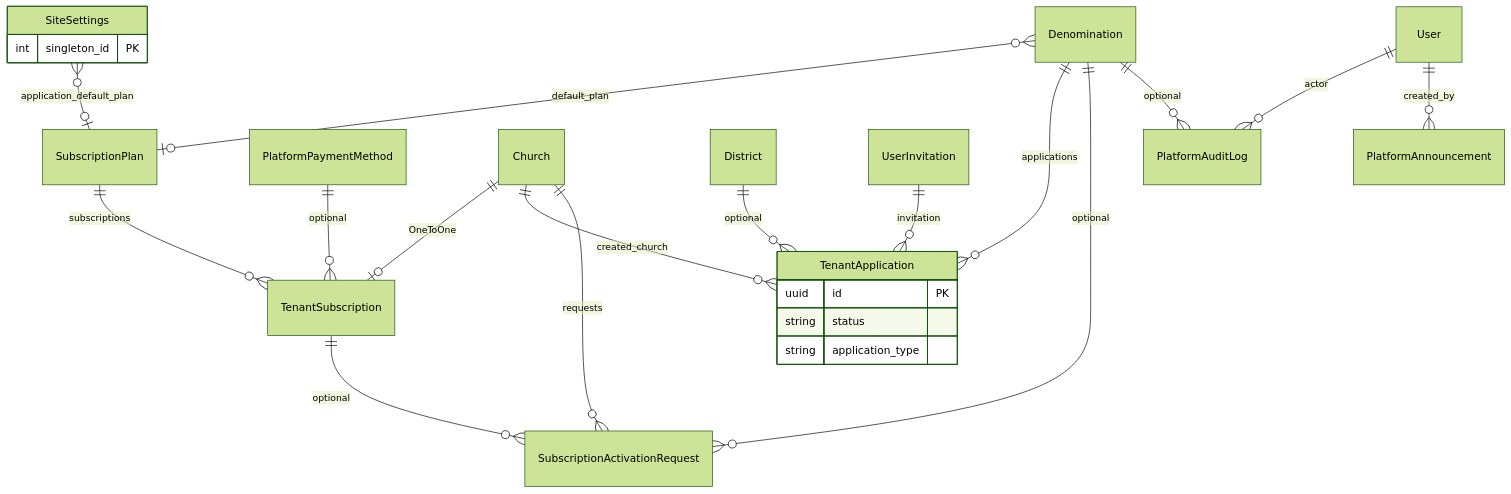
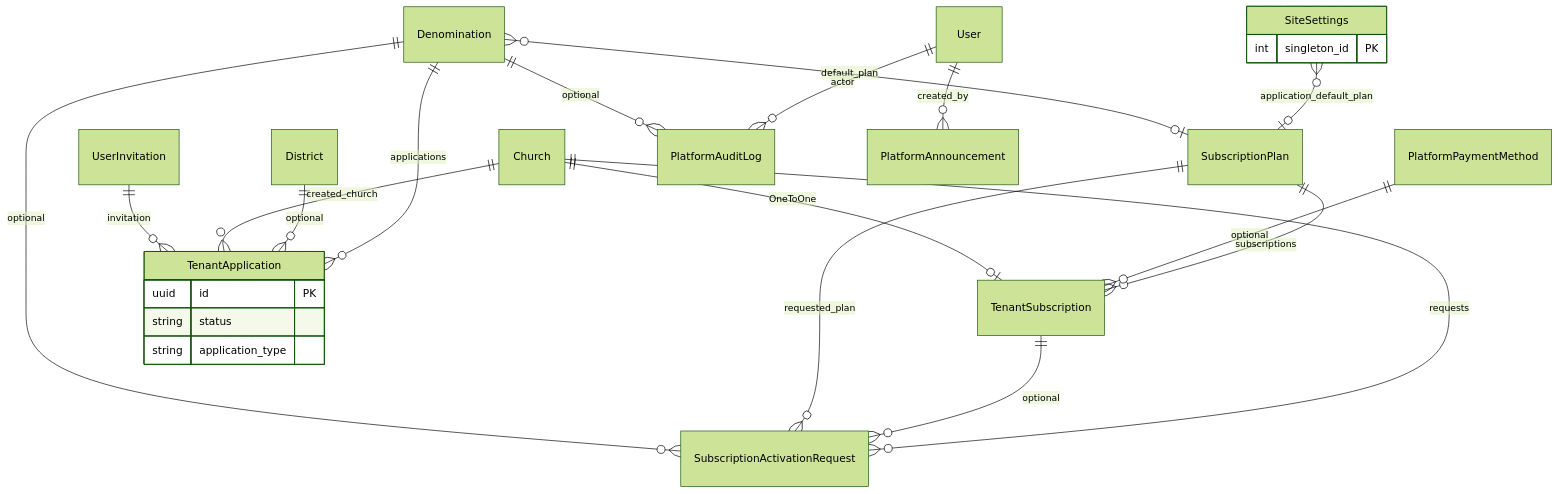
One commit to abrahamthompson46-alt/churchhub changed the eighth of 11 diagrams in docs/DATABASE/ENTITY_RELATIONSHIP.md. Above: the diagram before and after it, drawn with Mermaid (forest theme). The commit also changed 20 other files, not shown here.

````diff
--- a/docs/DATABASE/ENTITY_RELATIONSHIP.md
+++ b/docs/DATABASE/ENTITY_RELATIONSHIP.md
@@ -336,27 +336,28 @@
 ```mermaid
 erDiagram
   SiteSettings }o--o| SubscriptionPlan : application_default_plan
   Denomination }o--o| SubscriptionPlan : default_plan
   SubscriptionPlan ||--o{ TenantSubscription : subscriptions
   PlatformPaymentMethod ||--o{ TenantSubscription : optional
   Church ||--o| TenantSubscription : "OneToOne"
   Denomination ||--o{ TenantApplication : applications
   District ||--o{ TenantApplication : optional
   Church ||--o{ TenantApplication : created_church
   Church ||--o{ SubscriptionActivationRequest : requests
   TenantSubscription ||--o{ SubscriptionActivationRequest : optional
+  SubscriptionPlan ||--o{ SubscriptionActivationRequest : requested_plan
   Denomination ||--o{ SubscriptionActivationRequest : optional
   UserInvitation ||--o{ TenantApplication : invitation
   User ||--o{ PlatformAuditLog : actor
   Denomination ||--o{ PlatformAuditLog : optional
   User ||--o{ PlatformAnnouncement : created_by
 
   TenantApplication {
     uuid id PK
     string status
     string application_type
   }
   SiteSettings {
     int singleton_id PK
   }
 ```
````
